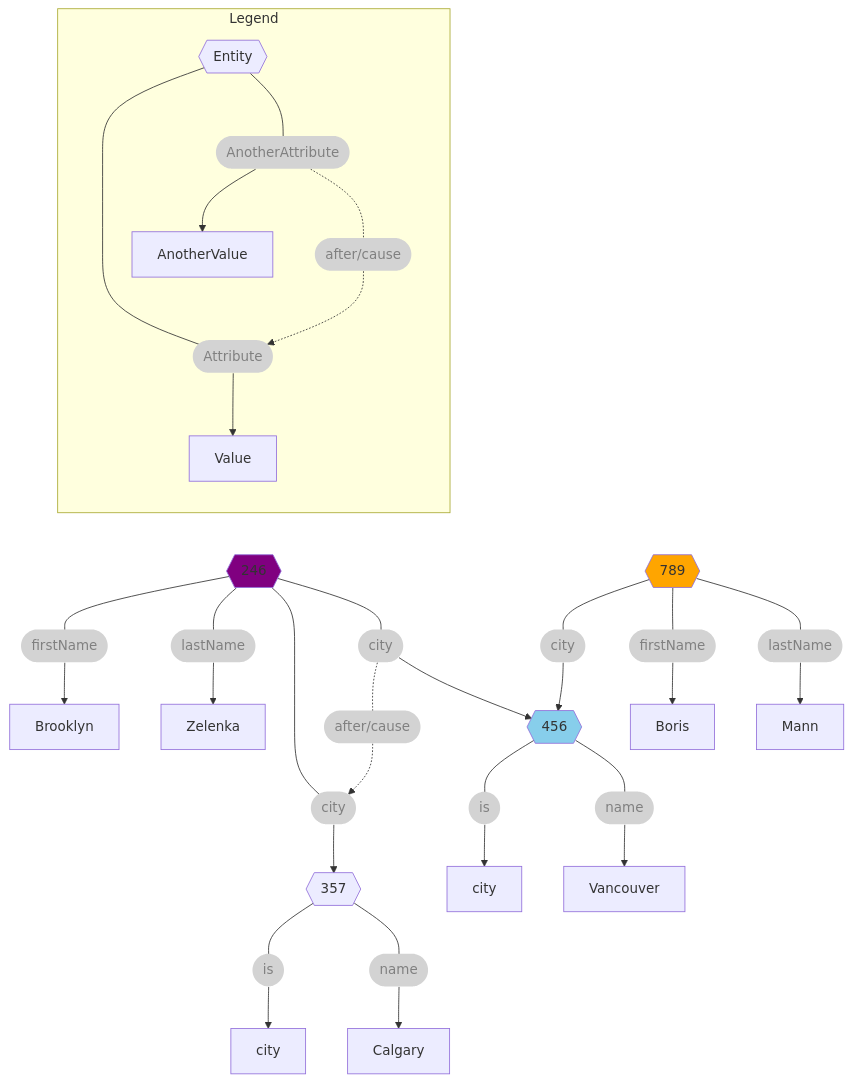
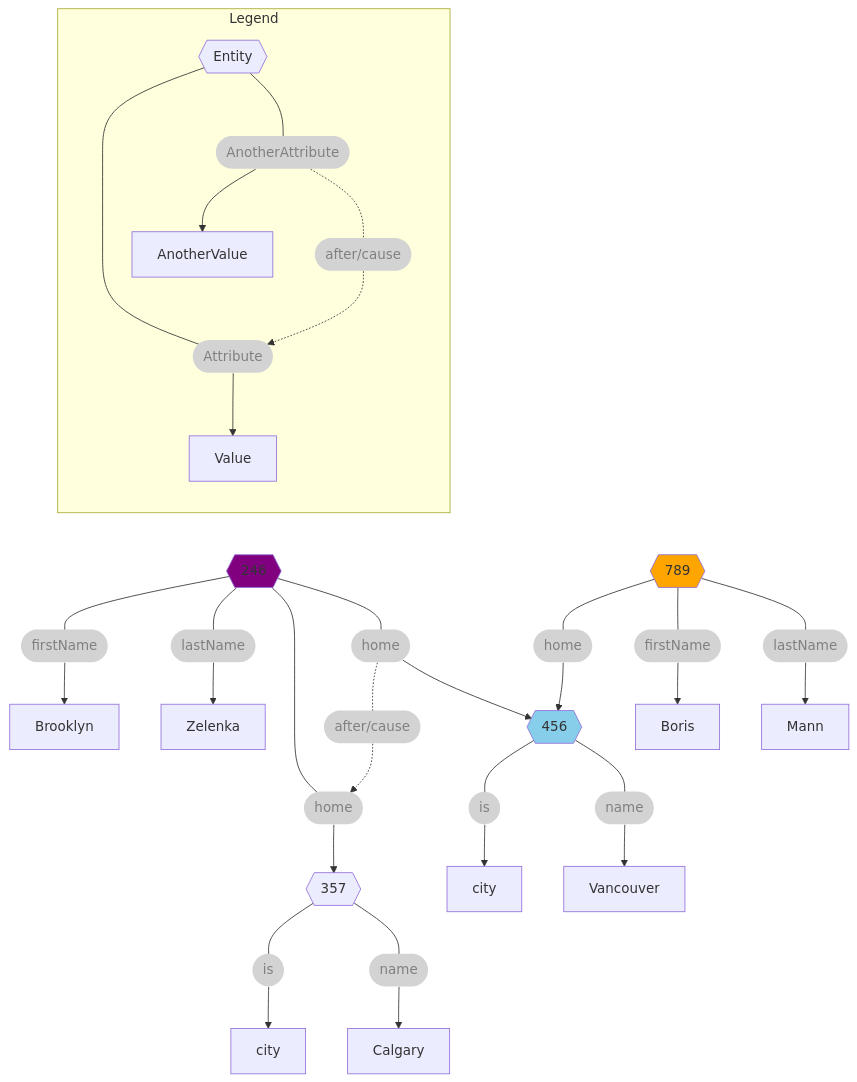
Before and after one commit to RhizomeDB/spec: the first of 2 diagrams in README.md, drawn with Mermaid.

Commit message:
reword for clarity

````diff
--- a/README.md
+++ b/README.md
@@ -266,35 +266,35 @@
 ``` mermaid
 flowchart TB
     subgraph Legend
       direction TB
       entity{{Entity}} --- att([Attribute]):::attr --> Value
       entity --- att2([AnotherAttribute]):::attr --> AnotherValue
       att2 -.- cause([after/cause]):::attr -.-> att
     end
 
     Legend ~~~ entityBZ
 
     entityBZ{{246}} --- bzFN([firstName]):::attr --> Brooklyn
     entityBZ --- bzLN([lastName]):::attr --> Zelenka
 
     bzNewCity -.- after([after/cause]):::attr .-> bzOldCity
 
-    entityBZ --- bzOldCity([city]):::attr --> entityCgy
-    entityBZ --- bzNewCity([city]):::attr --> entityVC
+    entityBZ --- bzOldCity([home]):::attr --> entityCgy
+    entityBZ --- bzNewCity([home]):::attr --> entityVC
 
-    entityBM --- bmCity([city]):::attr --> entityVC
+    entityBM --- bmCity([home]):::attr --> entityVC
     entityBM{{789}} --- bmFN([firstName]):::attr --> Boris
     entityBM --- bmLN([lastName]):::attr --> Mann
 
     entityCgy{{357}} --- calIs([is]):::attr --> calCty[city]
     entityCgy --- calName([name]):::attr --> Calgary
 
     entityVC{{456}} --- vcIs([is]):::attr --> vcCty[city]
     entityVC --- vcName([name]):::attr --> Vancouver
 
     style entityBM fill:orange
     style entityBZ fill:purple
     style entityVC fill:skyblue
 
     classDef attr fill:lightgrey,color:grey,stroke:none;
 ```
````
